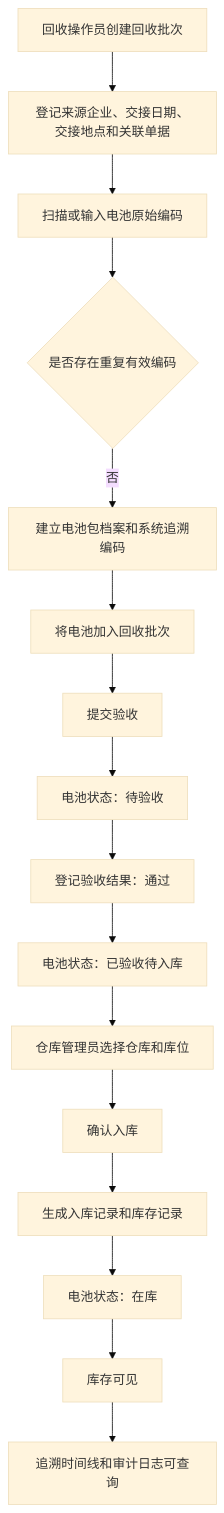
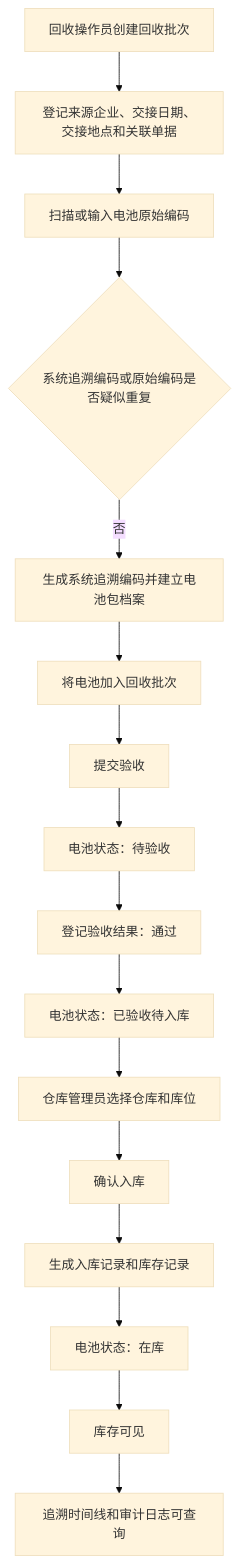
Before and after one commit to dyabn/battery-recycling-traceability-system: the diagram in docs/business/c3-first-business-slice.md, drawn with Mermaid (base theme). The commit also changed other lines of this file and 4 other files, not shown here.

````diff
--- a/docs/business/c3-first-business-slice.md
+++ b/docs/business/c3-first-business-slice.md
@@ -112,18 +112,18 @@
 ```mermaid
 flowchart TD
   A["回收操作员创建回收批次"] --> B["登记来源企业、交接日期、交接地点和关联单据"]
   B --> C["扫描或输入电池原始编码"]
-  C --> D{"是否存在重复有效编码"}
-  D -->|否| E["建立电池包档案和系统追溯编码"]
+  C --> D{"系统追溯编码或原始编码是否疑似重复"}
+  D -->|否| E["生成系统追溯编码并建立电池包档案"]
   E --> F["将电池加入回收批次"]
   F --> G["提交验收"]
   G --> H["电池状态：待验收"]
   H --> I["登记验收结果：通过"]
   I --> J["电池状态：已验收待入库"]
   J --> K["仓库管理员选择仓库和库位"]
   K --> L["确认入库"]
   L --> M["生成入库记录和库存记录"]
   M --> N["电池状态：在库"]
   N --> O["库存可见"]
   O --> P["追溯时间线和审计日志可查询"]
 ```
````
